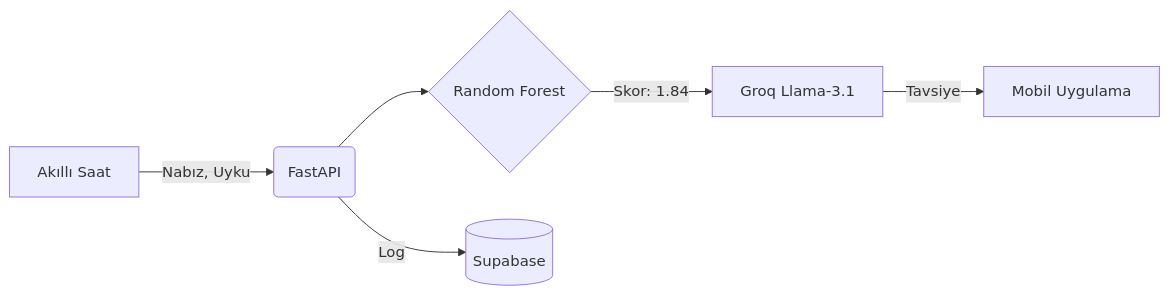
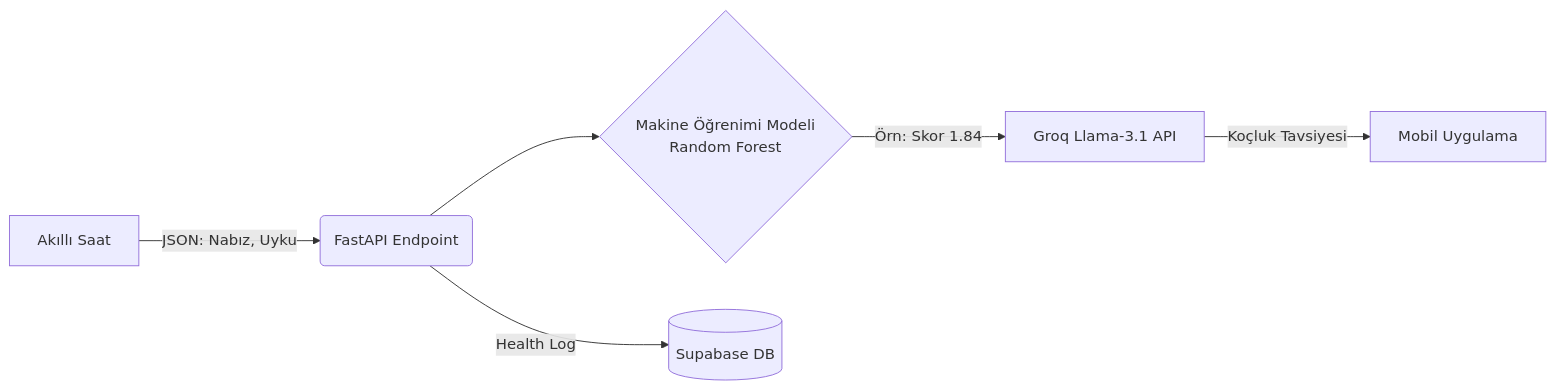
Before and after one commit to Kayra-ML/Zlife: the diagram in README.md, drawn with Mermaid. The commit also changed other lines of this file, not shown here.

````diff
--- a/README.md
+++ b/README.md
@@ -23,8 +37,8 @@
 ```mermaid
 graph LR
-    A[Akıllı Saat] -->|Nabız, Uyku| B(FastAPI)
-    B --> C{Random Forest}
-    C -->|Skor: 1.84| D[Groq Llama-3.1]
-    D -->|Tavsiye| E[Mobil Uygulama]
-    B -->|Log| F[(Supabase)]
+    A[Akıllı Saat] -->|JSON: Nabız, Uyku| B(FastAPI Endpoint)
+    B --> C{Makine Öğrenimi Modeli<br>Random Forest}
+    C -->|Örn: Skor 1.84| D[Groq Llama-3.1 API]
+    D -->|Koçluk Tavsiyesi| E[Mobil Uygulama]
+    B -->|Health Log| F[(Supabase DB)]
 ```
````
